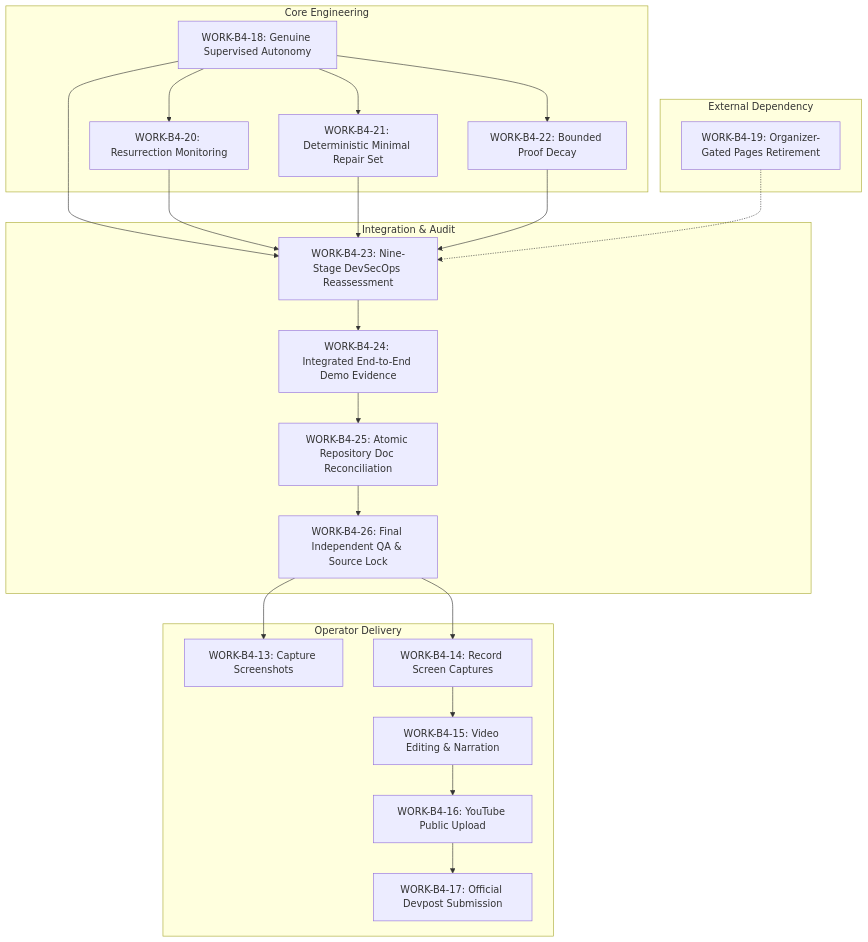
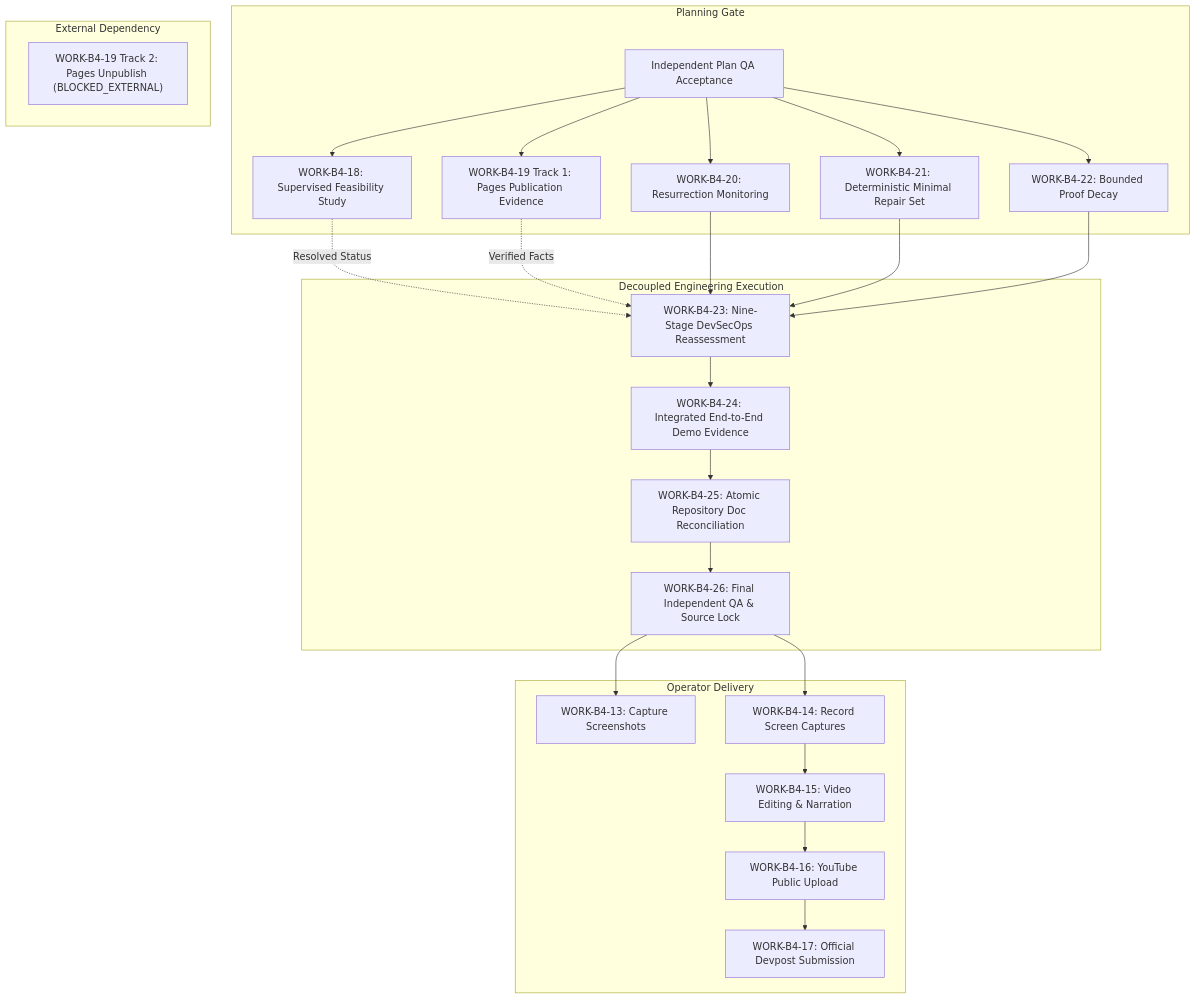
One commit to zyganali-glitch/termivance-qa-mirror changed the second of 5 diagrams in plans/TERMIVANCE_MASTER_EXECUTION_PLAN.md. Above: the diagram before and after it, drawn with Mermaid. The commit also changed other lines of this file, not shown here.

Commit message:
fix(plan): consolidated plan QA repair, organizer decision, and governance hardening

````diff
--- a/plans/TERMIVANCE_MASTER_EXECUTION_PLAN.md
+++ b/plans/TERMIVANCE_MASTER_EXECUTION_PLAN.md
@@ -464,31 +498,33 @@
 ```mermaid
 flowchart TD
-    subgraph Core Engineering
-        W18["WORK-B4-18: Genuine Supervised Autonomy"] --> W20["WORK-B4-20: Resurrection Monitoring"]
-        W18 --> W21["WORK-B4-21: Deterministic Minimal Repair Set"]
-        W18 --> W22["WORK-B4-22: Bounded Proof Decay"]
+    subgraph Planning Gate
+        QA["Independent Plan QA Acceptance"] --> W18["WORK-B4-18: Supervised Feasibility Study"]
+        QA --> W19T1["WORK-B4-19 Track 1: Pages Publication Evidence"]
+        QA --> W20["WORK-B4-20: Resurrection Monitoring"]
+        QA --> W21["WORK-B4-21: Deterministic Minimal Repair Set"]
+        QA --> W22["WORK-B4-22: Bounded Proof Decay"]
     end
     
     subgraph External Dependency
-        W19["WORK-B4-19: Organizer-Gated Pages Retirement"]
+        W19T2["WORK-B4-19 Track 2: Pages Unpublish (BLOCKED_EXTERNAL)"]
     end
     
-    subgraph Integration & Audit
-        W18 --> W23["WORK-B4-23: Nine-Stage DevSecOps Reassessment"]
+    subgraph Decoupled Engineering Execution
+        W18 -. "Resolved Status" .-> W23["WORK-B4-23: Nine-Stage DevSecOps Reassessment"]
+        W19T1 -. "Verified Facts" .-> W23
         W20 --> W23
         W21 --> W23
         W22 --> W23
-        W19 -.-> W23
         W23 --> W24["WORK-B4-24: Integrated End-to-End Demo Evidence"]
         W24 --> W25["WORK-B4-25: Atomic Repository Doc Reconciliation"]
         W25 --> W26["WORK-B4-26: Final Independent QA & Source Lock"]
     end
     
     subgraph Operator Delivery
         W26 --> W13["WORK-B4-13: Capture Screenshots"]
         W26 --> W14["WORK-B4-14: Record Screen Captures"]
         W14 --> W15["WORK-B4-15: Video Editing & Narration"]
         W15 --> W16["WORK-B4-16: YouTube Public Upload"]
         W16 --> W17["WORK-B4-17: Official Devpost Submission"]
     end
 ```
````
